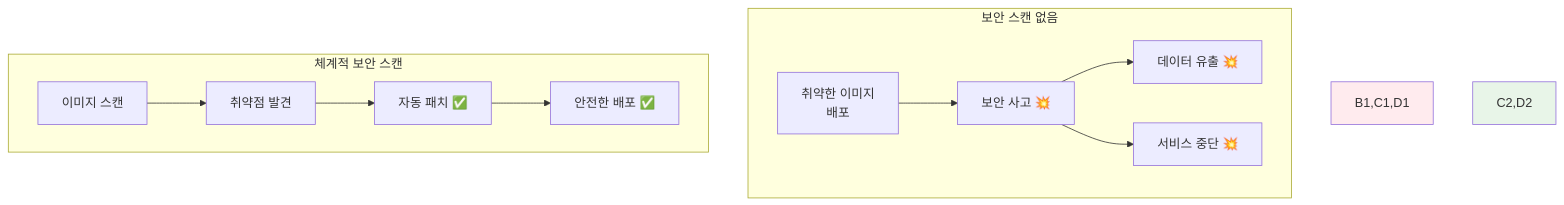
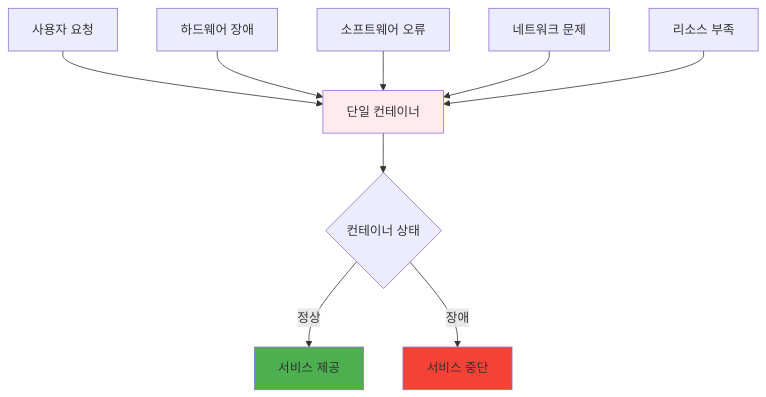
The first of 2 diagrams in theory/week_02/day2/session_1.md (niceguy61/kdt_devops_lecture_2025), drawn with Mermaid before and after one commit. The commit also changed other lines of this file and 27 other files, not shown here.

````diff
--- a/theory/week_02/day2/session_1.md
+++ b/theory/week_02/day2/session_1.md
@@ -36,17 +44,16 @@
 ```mermaid
 graph TB
-    subgraph "보안 스캔 없음"
-        A1[취약한 이미지<br/>배포] --> B1[보안 사고 💥]
-        B1 --> C1[데이터 유출 💥]
-        B1 --> D1[서비스 중단 💥]
-    end
+    A[사용자 요청] --> B[단일 컨테이너]
+    B --> C{컨테이너 상태}
+    C -->|정상| D[서비스 제공]
+    C -->|장애| E[서비스 중단]
     
-    subgraph "체계적 보안 스캔"
-        A2[이미지 스캔] --> B2[취약점 발견]
-        B2 --> C2[자동 패치 ✅]
-        C2 --> D2[안전한 배포 ✅]
-    end
+    F[하드웨어 장애] --> B
+    G[소프트웨어 오류] --> B
+    H[네트워크 문제] --> B
+    I[리소스 부족] --> B
     
-    style B1,C1,D1 fill:#ffebee
-    style C2,D2 fill:#e8f5e8
+    style B fill:#ffebee
+    style E fill:#f44336
+    style D fill:#4caf50
 ```
````
